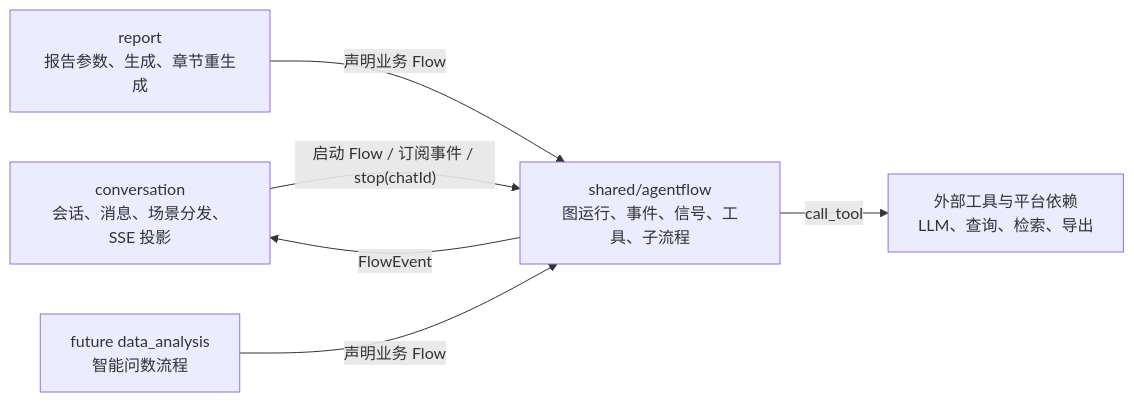
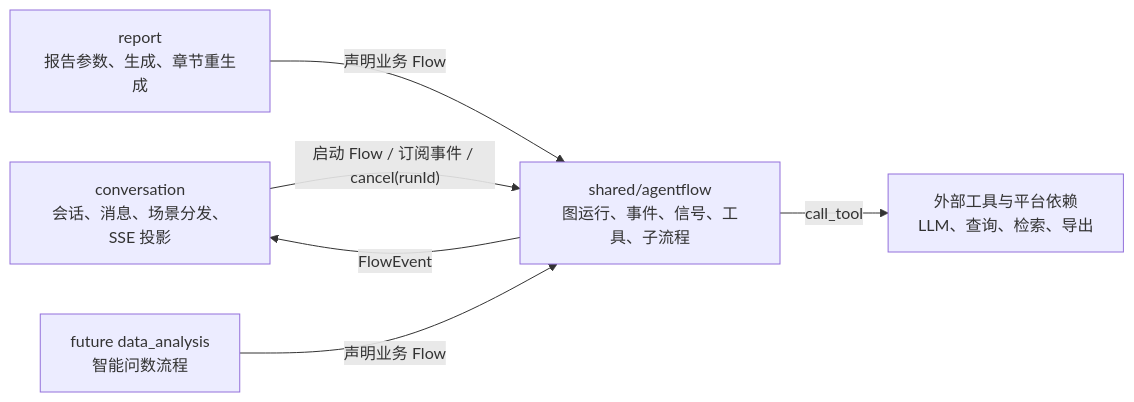
Before and after one commit to shel447/ReportSystem: the first of 8 diagrams in docs/implementation/agentflow/README.md, drawn with Mermaid. The commit also changed other lines of this file and 11 other files, not shown here.

````diff
--- a/docs/implementation/agentflow/README.md
+++ b/docs/implementation/agentflow/README.md
@@ -12,14 +12,14 @@
 ```mermaid
 flowchart LR
     conversation["conversation<br/>会话、消息、场景分发、SSE 投影"]
     agentflow["shared/agentflow<br/>图运行、事件、信号、工具、子流程"]
     report["report<br/>报告参数、生成、章节重生成"]
     data["future data_analysis<br/>智能问数流程"]
     tools["外部工具与平台依赖<br/>LLM、查询、检索、导出"]
 
-    conversation -->|"启动 Flow / 订阅事件 / stop(chatId)"| agentflow
+    conversation -->|"启动 Flow / 订阅事件 / cancel(runId)"| agentflow
     report -->|"声明业务 Flow"| agentflow
     data -->|"声明业务 Flow"| agentflow
     agentflow -->|"call_tool"| tools
     agentflow -->|"FlowEvent"| conversation
 ```
````
